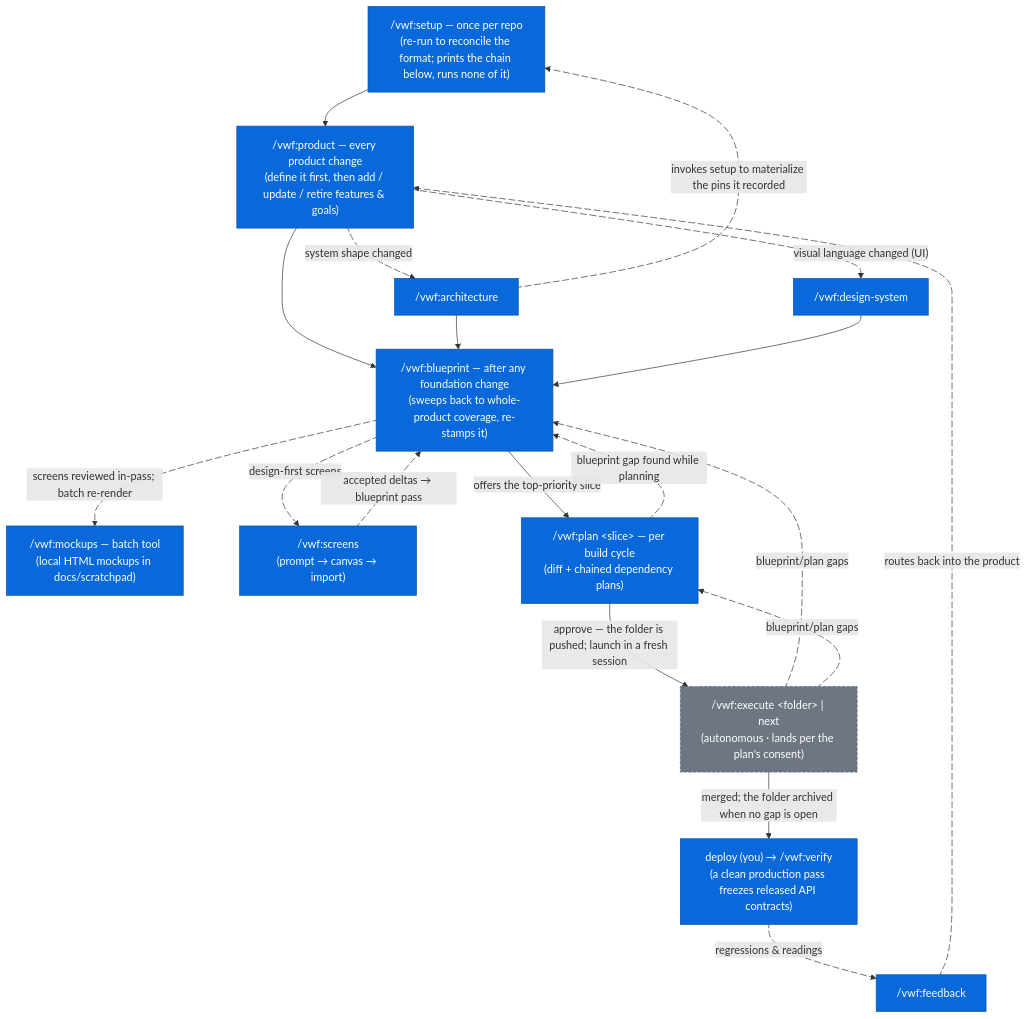
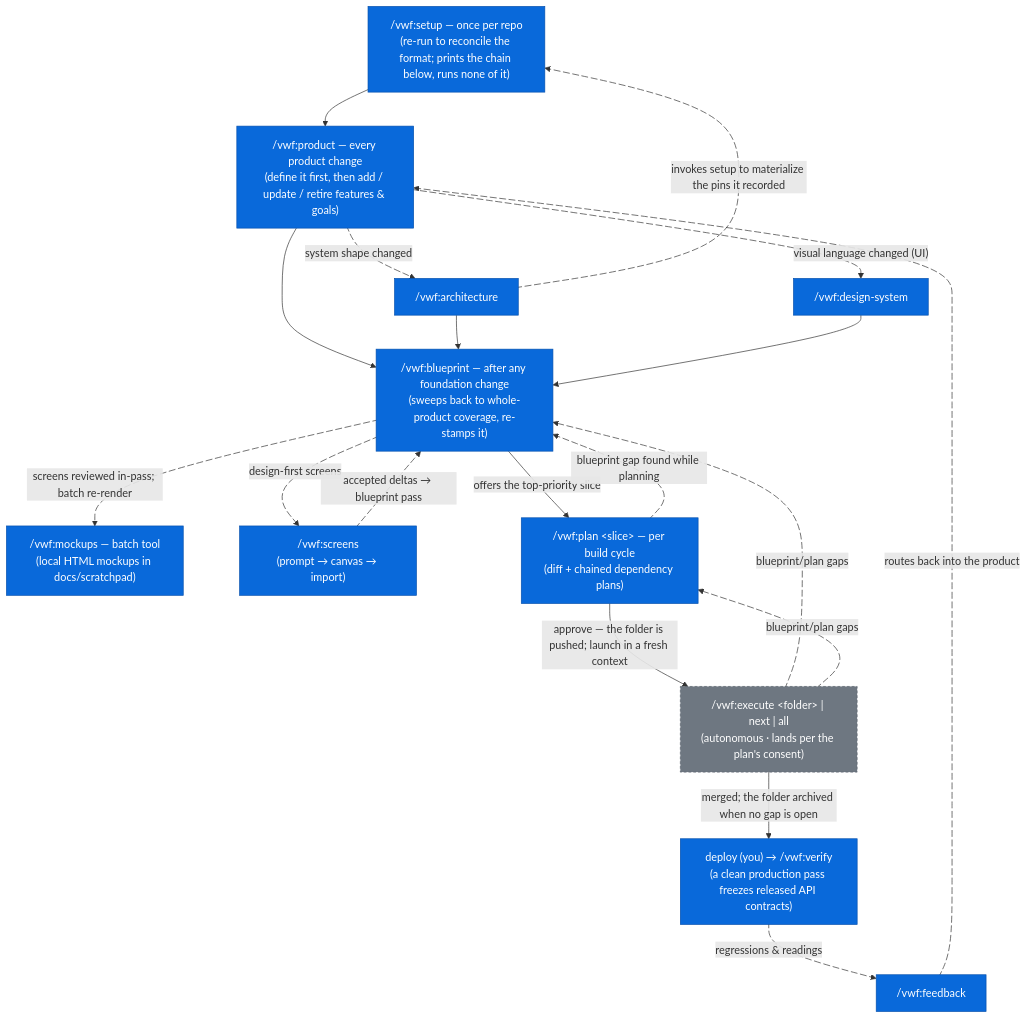
The first of 2 diagrams in site/src/content/docs/plugins/vwf.md (virajp/claude-plugins), drawn with Mermaid before and after one commit. The commit also changed other lines of this file and 13 other files, not shown here.

Commit message:
docs: /vwf:execute all — the manual, readme and repo docs follow

````diff
--- a/site/src/content/docs/plugins/vwf.md
+++ b/site/src/content/docs/plugins/vwf.md
@@ -313,35 +314,35 @@
 ```mermaid
 flowchart TD
     S["/vwf:setup — once per repo<br/>(re-run to reconcile the format; prints the chain below, runs none of it)"]:::user
     S --> P["/vwf:product — every product change<br/>(define it first, then add / update / retire features & goals)"]:::user
     P e1@-. "system shape changed" .-> A["/vwf:architecture"]:::user
     P e2@-. "visual language changed (UI)" .-> DS["/vwf:design-system"]:::user
     P --> B["/vwf:blueprint — after any foundation change<br/>(sweeps back to whole-product coverage, re-stamps it)"]:::user
     A --> B
     A e11@-. "invokes setup to materialize the pins it recorded" .-> S
     DS --> B
     B e8@-. "screens reviewed in-pass; batch re-render" .-> M["/vwf:mockups — batch tool<br/>(local HTML mockups in docs/scratchpad)"]:::user
     B e9@-. "design-first screens" .-> SC["/vwf:screens<br/>(prompt → canvas → import)"]:::user
     SC e10@-. "accepted deltas → blueprint pass" .-> B
     B -->|"offers the top-priority slice"| C["/vwf:plan &lt;slice&gt; — per build cycle<br/>(diff + chained dependency plans)"]:::user
-    C -->|"approve — the folder is pushed; launch in a fresh session"| D["/vwf:execute &lt;folder&gt; | next<br/>(autonomous · lands per the plan's consent)"]:::chained
+    C -->|"approve — the folder is pushed; launch in a fresh context"| D["/vwf:execute &lt;folder&gt; | next | all<br/>(autonomous · lands per the plan's consent)"]:::chained
     D -->|"merged; the folder archived when no gap is open"| V["deploy (you) → /vwf:verify<br/>(a clean production pass freezes released API contracts)"]:::user
     V e3@-. "regressions & readings" .-> FB["/vwf:feedback"]:::user
     FB e4@-. "routes back into the product" .-> P
     D e5@-. "blueprint/plan gaps" .-> B
     D e6@-. "blueprint/plan gaps" .-> C
     C e7@-. "blueprint gap found while planning" .-> B
     e1@{ animate: true }
     e2@{ animate: true }
     e3@{ animate: true }
     e4@{ animate: true }
     e5@{ animate: true }
     e6@{ animate: true }
     e7@{ animate: true }
     e11@{ animate: true }
     e9@{ animate: true }
     e10@{ animate: true }
     e8@{ animate: true }
     classDef user fill:#0969da,stroke:#0550ae,color:#ffffff
     classDef chained fill:#6e7781,stroke:#57606a,color:#ffffff,stroke-dasharray:4 3
 ```
````
